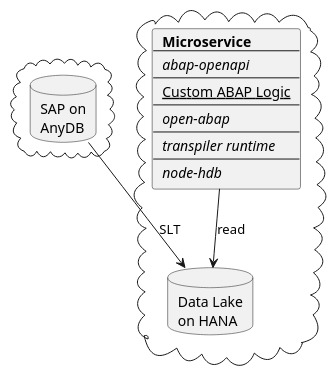
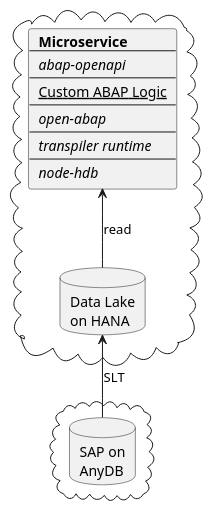
Before and after one commit to heliconialabs/moving-abap-workloads-to-serverless: the diagram in src/introduction.adoc, drawn with PlantUML. The commit also changed other lines of this file and 2 other files, not shown here.

```diff
--- a/src/introduction.adoc
+++ b/src/introduction.adoc
@@ -21,31 +21,30 @@
 [plantuml]
 ....
 skinparam monochrome true
 
 cloud {
   database "SAP on\nAnyDB" as sap
 }
 
 cloud {
   database "Data Lake\non HANA" as lake
 
   card card [
     <b>Microservice</b>
     ----
     //abap-openapi//
     ----
     <u>Custom ABAP Logic</u>
     ----
     //open-abap//
     ----
     //transpiler runtime//
     ----
     //node-hdb//
   ]
 
-  card -down-> lake : read
+  lake -up-> card : read
 }
 
-
-sap --> lake : SLT
+sap -up-> lake : SLT
 ....
```
